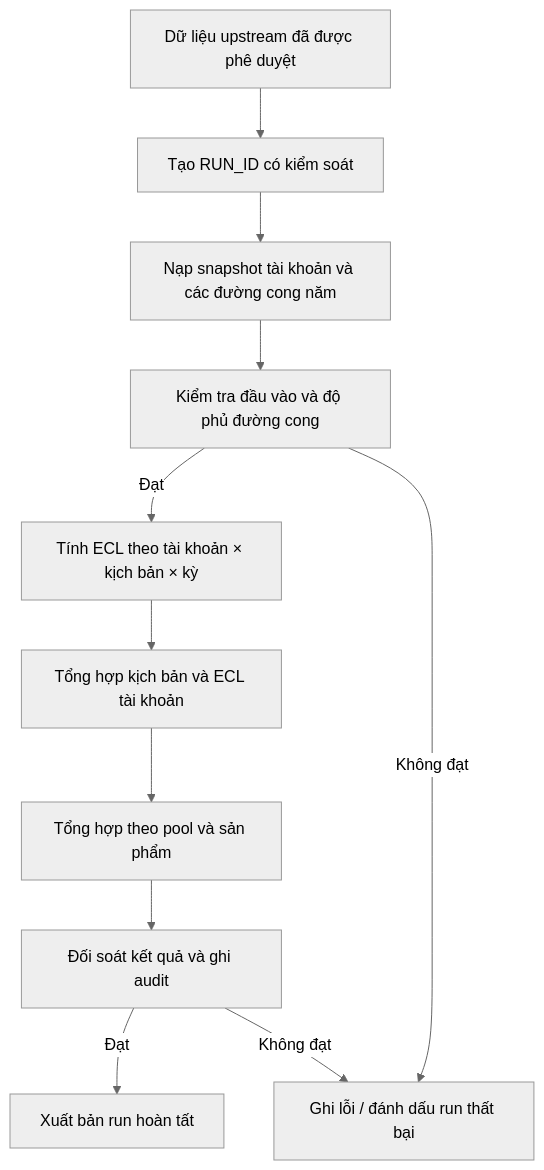
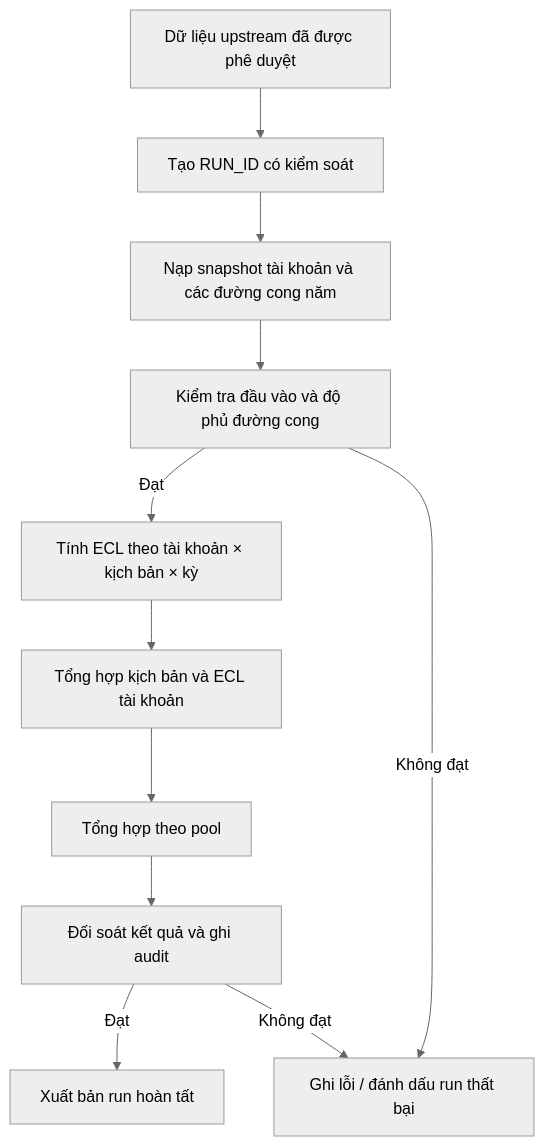
The second of 2 diagrams in README.vi.md (nguyenngocbinh/ifrs9-retail-ecl-engine), drawn with Mermaid (neutral theme) before and after one commit. The commit also changed other lines of this file, not shown here.

Commit message:
docs: cập nhật mô tả kết quả theo pool

````diff
--- a/README.vi.md
+++ b/README.vi.md
@@ -79,13 +79,13 @@
 ```mermaid
 flowchart TD
     A[Dữ liệu upstream đã được phê duyệt] --> B[Tạo RUN_ID có kiểm soát]
     B --> C[Nạp snapshot tài khoản và các đường cong năm]
     C --> D[Kiểm tra đầu vào và độ phủ đường cong]
     D -->|Đạt| E[Tính ECL theo tài khoản × kịch bản × kỳ]
     D -->|Không đạt| X[Ghi lỗi / đánh dấu run thất bại]
     E --> F[Tổng hợp kịch bản và ECL tài khoản]
-    F --> G[Tổng hợp theo pool và sản phẩm]
+    F --> G[Tổng hợp theo pool]
     G --> H[Đối soát kết quả và ghi audit]
     H -->|Đạt| I[Xuất bản run hoàn tất]
     H -->|Không đạt| X
 ```
````
